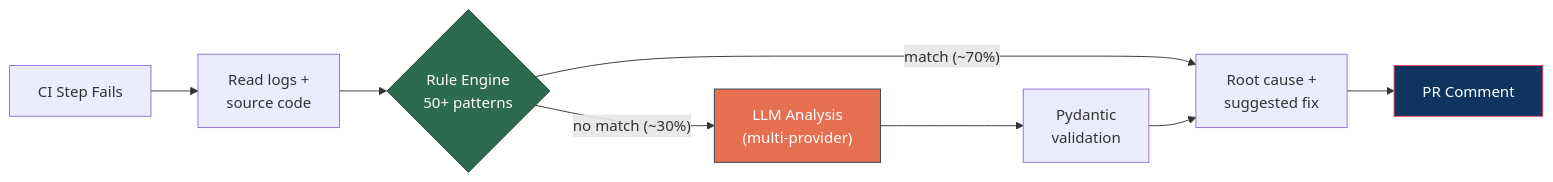
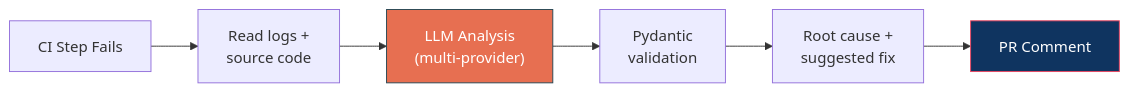
One commit to alihaidar2950/cifi changed the first of 3 diagrams in docs/NORTH_STAR.md. Above: the diagram before and after it, drawn with Mermaid. The commit also changed other lines of this file and 18 other files, not shown here.

````diff
--- a/docs/NORTH_STAR.md
+++ b/docs/NORTH_STAR.md
@@ -29,14 +29,11 @@
 ```mermaid
 flowchart LR
     fail["CI Step Fails"] --> read["Read logs +\nsource code"]
-    read --> rules{"Rule Engine\n50+ patterns"}
-    rules -->|"match (~70%)"| result["Root cause +\nsuggested fix"]
-    rules -->|"no match (~30%)"| llm["LLM Analysis\n(multi-provider)"]
+    read --> llm["LLM Analysis\n(multi-provider)"]
     llm --> validate["Pydantic\nvalidation"]
-    validate --> result
+    validate --> result["Root cause +\nsuggested fix"]
     result --> comment["PR Comment"]
 
-    style rules fill:#2d6a4f,stroke:#1b4332,color:#fff
     style llm fill:#e76f51,stroke:#264653,color:#fff
     style comment fill:#0f3460,stroke:#e94560,color:#fff
 ```
````
